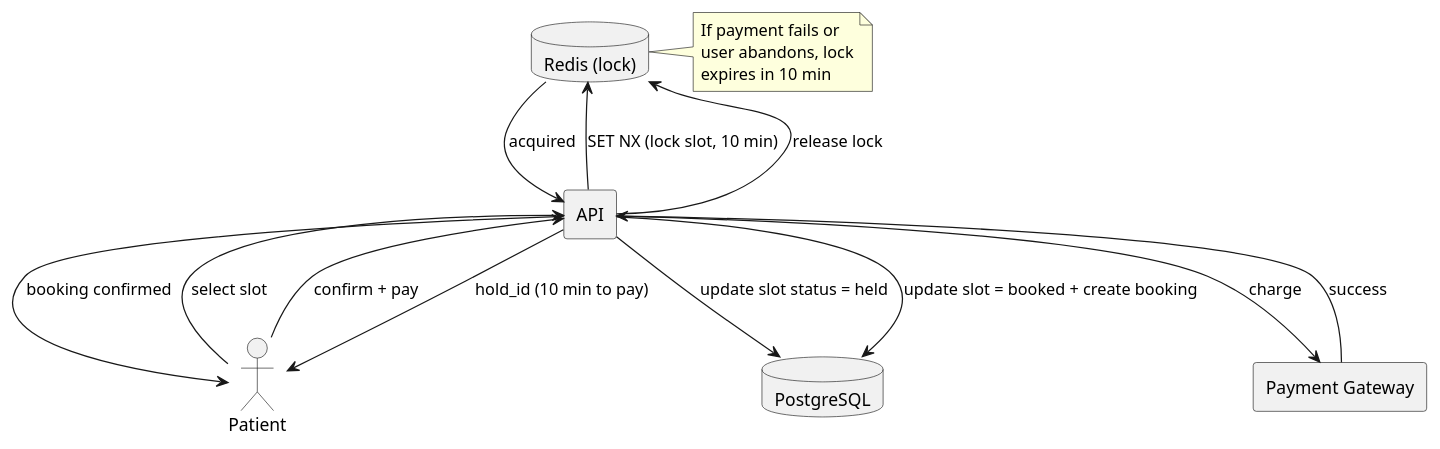
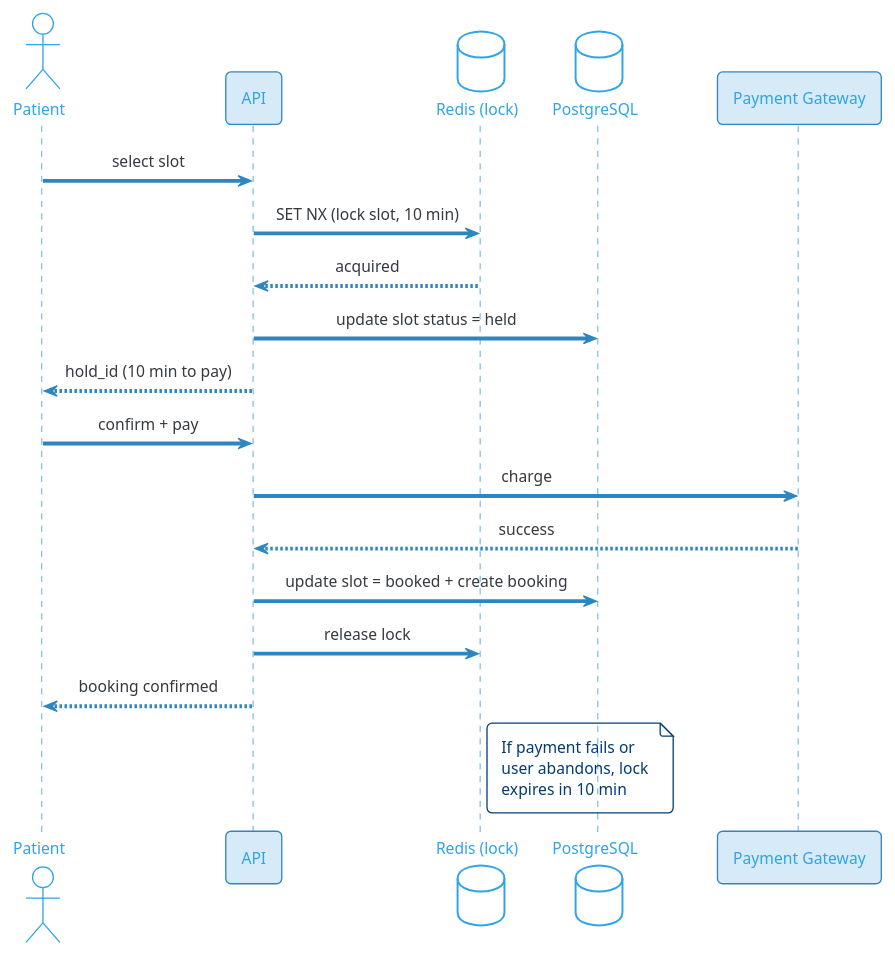
Before and after one commit to cyberstoneac/dsa_docs: the second of 4 diagrams in docs/system-design/problems/16-hospital-appointment-booking.md, drawn with PlantUML. The commit also changed other lines of this file and 26 other files, not shown here.

````diff
--- a/docs/system-design/problems/16-hospital-appointment-booking.md
+++ b/docs/system-design/problems/16-hospital-appointment-booking.md
@@ -923,29 +926,38 @@
 ```plantuml
 @startuml
-skinparam componentStyle rectangle
+!theme cerulean-outline
+skinparam backgroundColor white
+skinparam shadowing false
+skinparam sequenceMessageAlign center
+skinparam sequence {
+  ArrowColor #2E86C1
+  LifeLineBorderColor #85C1E9
+  ParticipantBorderColor #2E86C1
+  ParticipantBackgroundColor #D6EAF8
+}
 
 actor Patient
-component "API" as API
+participant "API" as API
 database "Redis (lock)" as Redis
 database "PostgreSQL" as PG
-component "Payment Gateway" as PSP
+participant "Payment Gateway" as PSP
 
-Patient --> API : select slot
-API --> Redis : SET NX (lock slot, 10 min)
+Patient -> API : select slot
+API -> Redis : SET NX (lock slot, 10 min)
 Redis --> API : acquired
-API --> PG : update slot status = held
+API -> PG : update slot status = held
 API --> Patient : hold_id (10 min to pay)
-Patient --> API : confirm + pay
-API --> PSP : charge
+Patient -> API : confirm + pay
+API -> PSP : charge
 PSP --> API : success
-API --> PG : update slot = booked + create booking
-API --> Redis : release lock
+API -> PG : update slot = booked + create booking
+API -> Redis : release lock
 API --> Patient : booking confirmed
 
 note right of Redis
   If payment fails or
   user abandons, lock
   expires in 10 min
 end note
 @enduml
 ```
````
